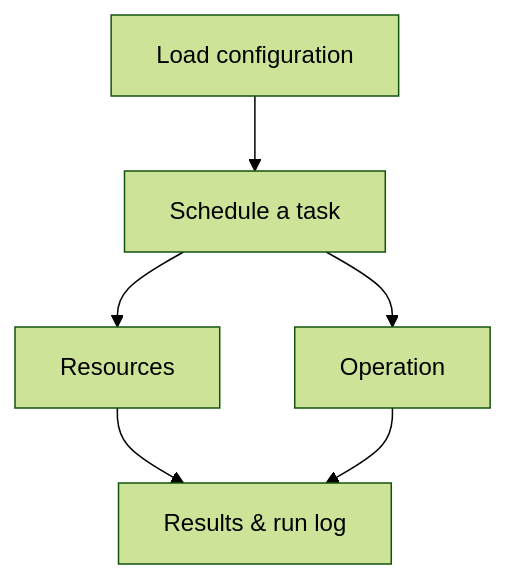
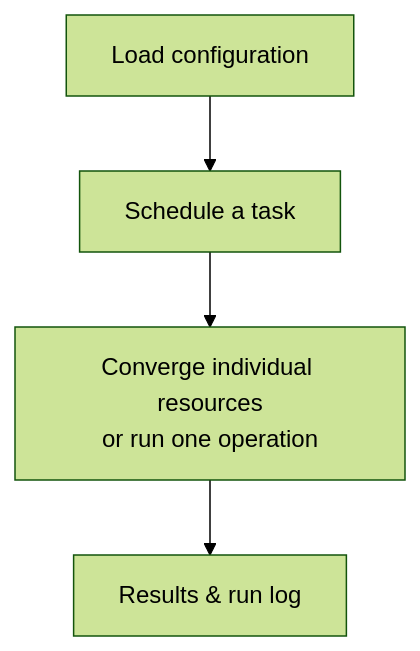
One commit to sneivandt/dotfiles changed the diagram in docs/content/development/architecture.md. Above: the diagram before and after it, drawn with Mermaid (forest theme). The commit also changed 2 other files, not shown here.

Commit message:
Keep diagram branches readable without horizontal scrolling

````diff
--- a/docs/content/development/architecture.md
+++ b/docs/content/development/architecture.md
@@ -30,10 +30,8 @@
 ```mermaid
 flowchart TB
     accTitle: Tasks, resources, and operations
     accDescr: The command loads configuration and schedules tasks. A task may converge independent resources or a whole-workflow operation; both report outcomes to the command summary and run log.
     Command["Load configuration"] --> Task["Schedule a task"]
-    Task --> Resources["Resources"]
-    Task --> Operation["Operation"]
-    Resources --> Result["Results & run log"]
-    Operation --> Result
+    Task --> Work["Converge individual resources<br/>or run one operation"]
+    Work --> Result["Results & run log"]
 ```
````
